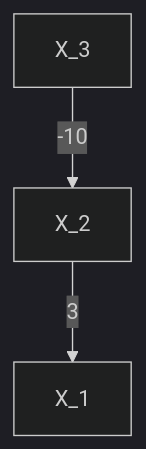
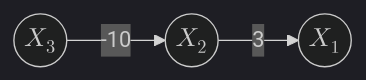
Diagram 19 of 22 in 2024.2/Notas de aula - JV.md (UFMG-Organizacao-de-Disciplinas/DCC865-Projeto_e_Analise_de_Algoritmos), drawn with Mermaid (dark theme) before and after one commit. The commit also changed other lines of this file, not shown here.

````diff
--- a/2024.2/Notas de aula - JV.md
+++ b/2024.2/Notas de aula - JV.md
@@ -2091,9 +2106,9 @@
 ```mermaid
-graph TD
-  A[X_1]
-  B[X_2]
-  C[X_3]
+graph LR
+  A(("$$X_1$$"))
+  B(("$$X_2$$"))
+  C(("$$X_3$$"))
   
   C -->|-10| B
   B -->|3| A
 ```
````
